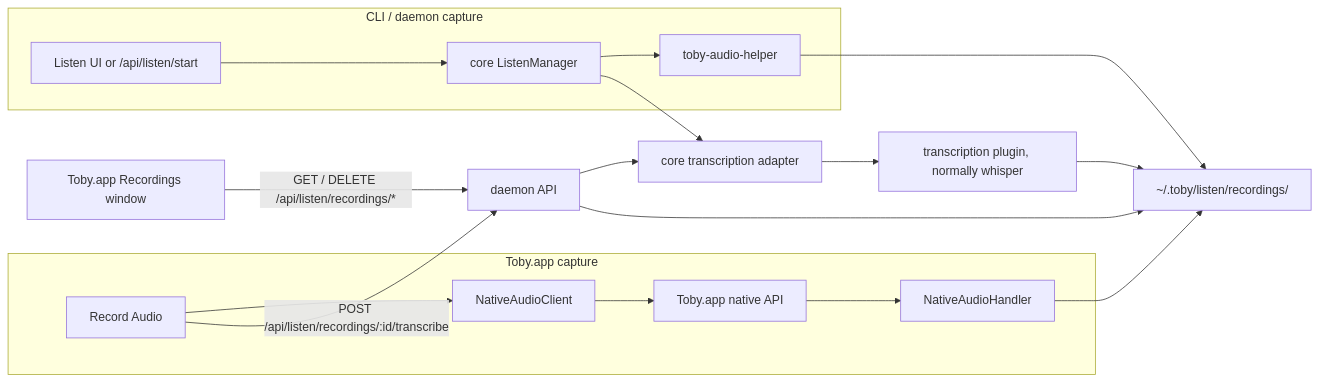
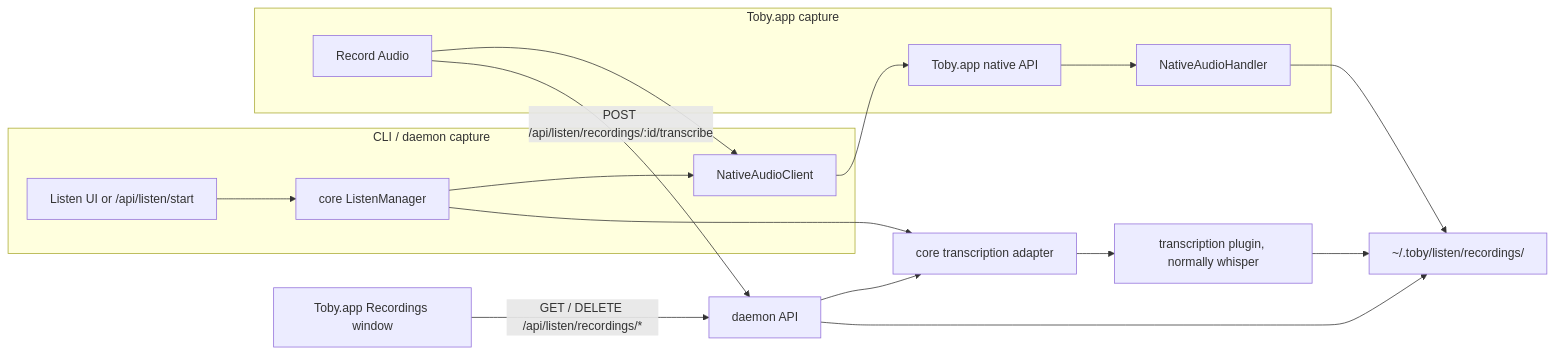
The second of 2 diagrams in docs/architecture.md (kshehadeh/toby), drawn with Mermaid before and after one commit. The commit also changed other lines of this file and 45 other files, not shown here.

First line of the commit message:
Expand listen workflow with native helper and release packaging updates (#14)

````diff
--- a/docs/architecture.md
+++ b/docs/architecture.md
@@ -167,24 +167,23 @@
 ```mermaid
 flowchart LR
   subgraph cliCapture ["CLI / daemon capture"]
     cliListen["Listen UI or /api/listen/start"] --> manager["core ListenManager"]
-    manager --> helper["toby-audio-helper"]
+    manager --> nativeClient["NativeAudioClient"]
   end
 
   subgraph appCapture ["Toby.app capture"]
-    appRecord["Record Audio"] --> nativeClient["NativeAudioClient"]
+    appRecord["Record Audio"] --> nativeClient
     nativeClient --> nativeServer["Toby.app native API"]
     nativeServer --> nativeHandler["NativeAudioHandler"]
   end
 
-  helper --> artifacts["~/.toby/listen/recordings/<id>"]
-  nativeHandler --> artifacts
+  nativeHandler --> artifacts["~/.toby/listen/recordings/<id>"]
   manager --> transcribe["core transcription adapter"]
   appRecord -->|"POST /api/listen/recordings/:id/transcribe"| daemonApi["daemon API"]
   daemonApi --> transcribe
   transcribe --> whisper["transcription plugin, normally whisper"]
   whisper --> artifacts
 
   recordingsWindow["Toby.app Recordings window"] -->|"GET / DELETE /api/listen/recordings/*"| daemonApi
   daemonApi --> artifacts
 ```
````
